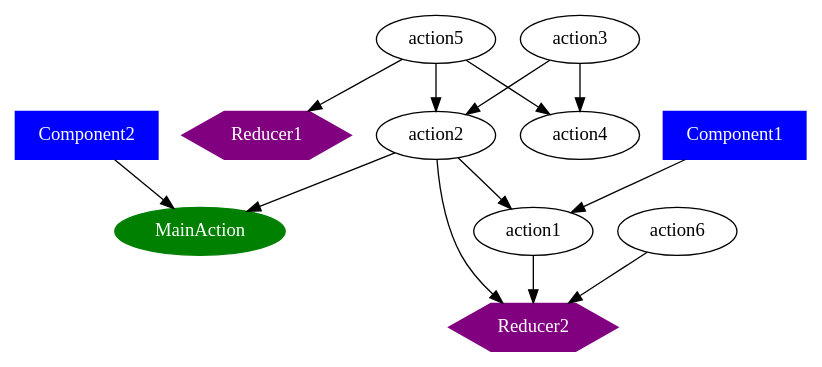
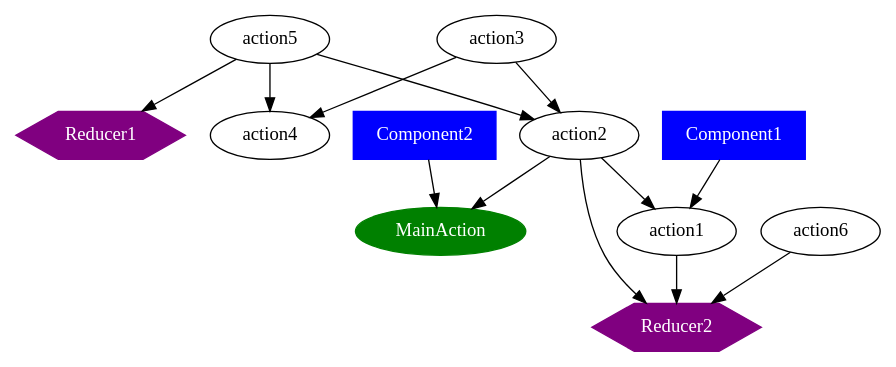
Before and after one commit to ammarnajjar/ngrx-graph: the diagram in docs/example.dot, drawn with Graphviz. The commit also changed other lines of this file and 4 other files, not shown here.

```diff
--- a/docs/example.dot
+++ b/docs/example.dot
@@ -1,20 +1,20 @@
 digraph {
-MainAction [color=green, fillcolor=green, fontcolor=white, style=filled]
 Component1 [shape="box", color=blue, fillcolor=blue, fontcolor=white, style=filled]
           Component1 -> action1
 Component2 [shape="box", color=blue, fillcolor=blue, fontcolor=white, style=filled]
+MainAction [color=green, fillcolor=green, fontcolor=white, style=filled]
           Component2 -> MainAction
 Reducer1 [shape="hexagon", color=purple, fillcolor=purple, fontcolor=white, style=filled]
               action5 -> Reducer1
 Reducer2 [shape="hexagon", color=purple, fillcolor=purple, fontcolor=white, style=filled]
               action6 -> Reducer2
 Reducer2 [shape="hexagon", color=purple, fillcolor=purple, fontcolor=white, style=filled]
               action2 -> Reducer2
 Reducer2 [shape="hexagon", color=purple, fillcolor=purple, fontcolor=white, style=filled]
               action1 -> Reducer2
 MainAction
 action2 -> action1
 action2 -> MainAction
 action3,action5 -> action4
 action3,action5 -> action2
 }
```
